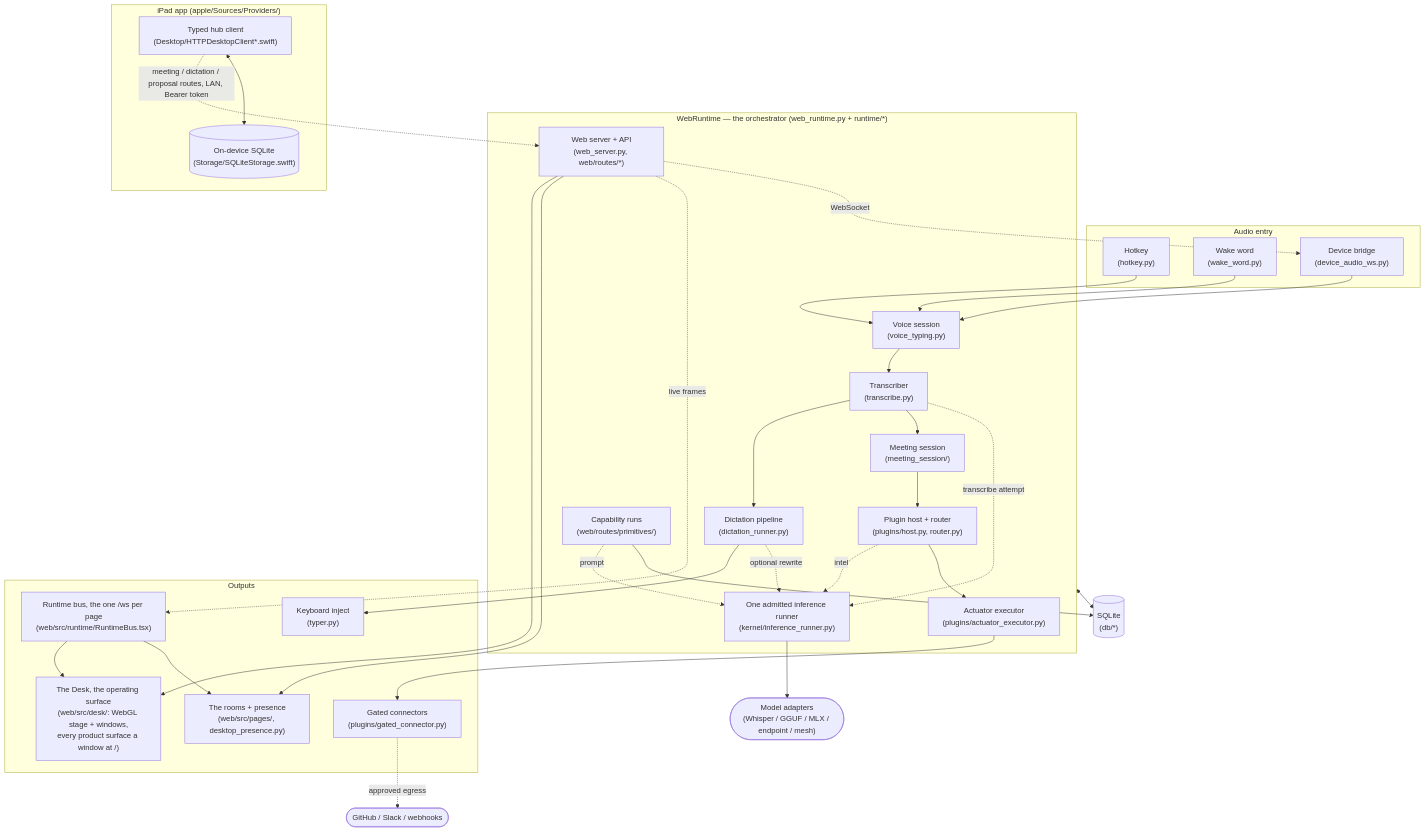
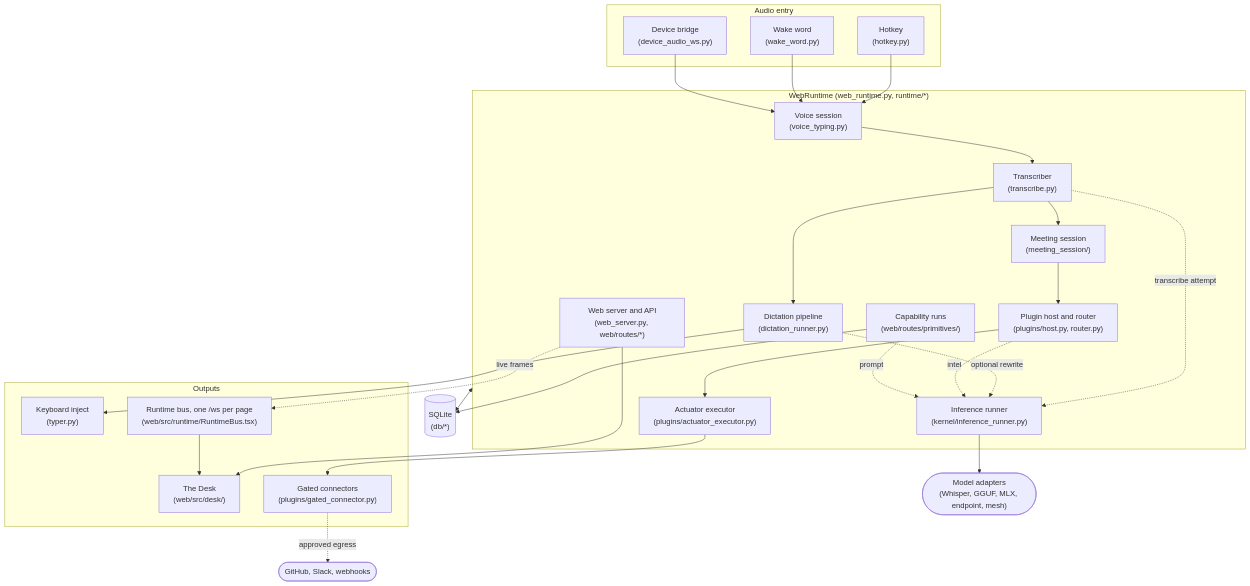
Before and after one commit to karolswdev/HoldSpeak: the first of 8 diagrams in docs/ARCHITECTURE.md, drawn with Mermaid. The commit also changed other lines of this file and 66 other files, not shown here.

````diff
--- a/docs/ARCHITECTURE.md
+++ b/docs/ARCHITECTURE.md
@@ -154,63 +43,52 @@
 ```mermaid
 flowchart TB
   subgraph entry["Audio entry"]
     HK["Hotkey<br/>(hotkey.py)"]
     WW["Wake word<br/>(wake_word.py)"]
     DEV["Device bridge<br/>(device_audio_ws.py)"]
   end
 
-  subgraph runtime["WebRuntime — the orchestrator (web_runtime.py + runtime/*)"]
+  subgraph runtime["WebRuntime (web_runtime.py, runtime/*)"]
     VS["Voice session<br/>(voice_typing.py)"]
     TR["Transcriber<br/>(transcribe.py)"]
     DR["Dictation pipeline<br/>(dictation_runner.py)"]
     MS["Meeting session<br/>(meeting_session/)"]
-    PH["Plugin host + router<br/>(plugins/host.py, router.py)"]
+    PH["Plugin host and router<br/>(plugins/host.py, router.py)"]
     RUN["Capability runs<br/>(web/routes/primitives/)"]
-    IR["One admitted inference runner<br/>(kernel/inference_runner.py)"]
+    IR["Inference runner<br/>(kernel/inference_runner.py)"]
     AX["Actuator executor<br/>(plugins/actuator_executor.py)"]
-    SRV["Web server + API<br/>(web_server.py, web/routes/*)"]
+    SRV["Web server and API<br/>(web_server.py, web/routes/*)"]
   end
 
   subgraph out["Outputs"]
     TY["Keyboard inject<br/>(typer.py)"]
-    DESK["The Desk, the operating surface<br/>(web/src/desk/: WebGL stage + windows,<br/>every product surface a window at /)"]
-    UI["The rooms + presence<br/>(web/src/pages/, desktop_presence.py)"]
-    BUS["Runtime bus, the one /ws per page<br/>(web/src/runtime/RuntimeBus.tsx)"]
+    DESK["The Desk<br/>(web/src/desk/)"]
+    BUS["Runtime bus, one /ws per page<br/>(web/src/runtime/RuntimeBus.tsx)"]
     CN["Gated connectors<br/>(plugins/gated_connector.py)"]
   end
 
-  subgraph ipad["iPad app (apple/Sources/Providers/)"]
-    HC["Typed hub client<br/>(Desktop/HTTPDesktopClient*.swift)"]
-    LS[("On-device SQLite<br/>(Storage/SQLiteStorage.swift)")]
-  end
-
   DB[("SQLite<br/>(db/*)")]
-  MODEL(["Model adapters<br/>(Whisper / GGUF / MLX / endpoint / mesh)"])
+  MODEL(["Model adapters<br/>(Whisper, GGUF, MLX, endpoint, mesh)"])
 
   HK --> VS
   WW --> VS
   DEV --> VS
   VS --> TR
   TR --> DR
   TR --> MS
   TR -. "transcribe attempt" .-> IR
   DR --> TY
   DR -. "optional rewrite" .-> IR
   MS --> PH
   PH -. "intel" .-> IR
   IR --> MODEL
   PH --> AX
   AX --> CN
-  CN -. "approved egress" .-> EXT(["GitHub / Slack / webhooks"])
+  CN -. "approved egress" .-> EXT(["GitHub, Slack, webhooks"])
   SRV --> DESK
-  SRV --> UI
   SRV -. "live frames" .-> BUS
   BUS --> DESK
-  BUS --> UI
   RUN -. "prompt" .-> IR
   RUN --> DB
   runtime <--> DB
-  SRV -. "WebSocket" .-> DEV
-  HC -. "meeting / dictation / proposal routes, LAN, Bearer token" .-> SRV
-  HC <--> LS
 ```
````
